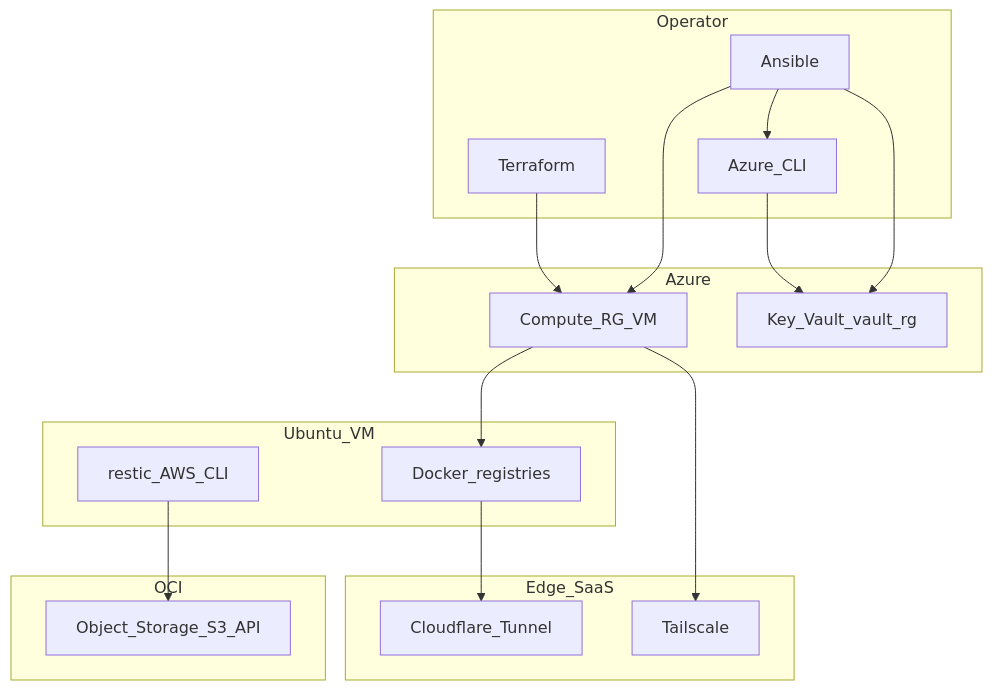
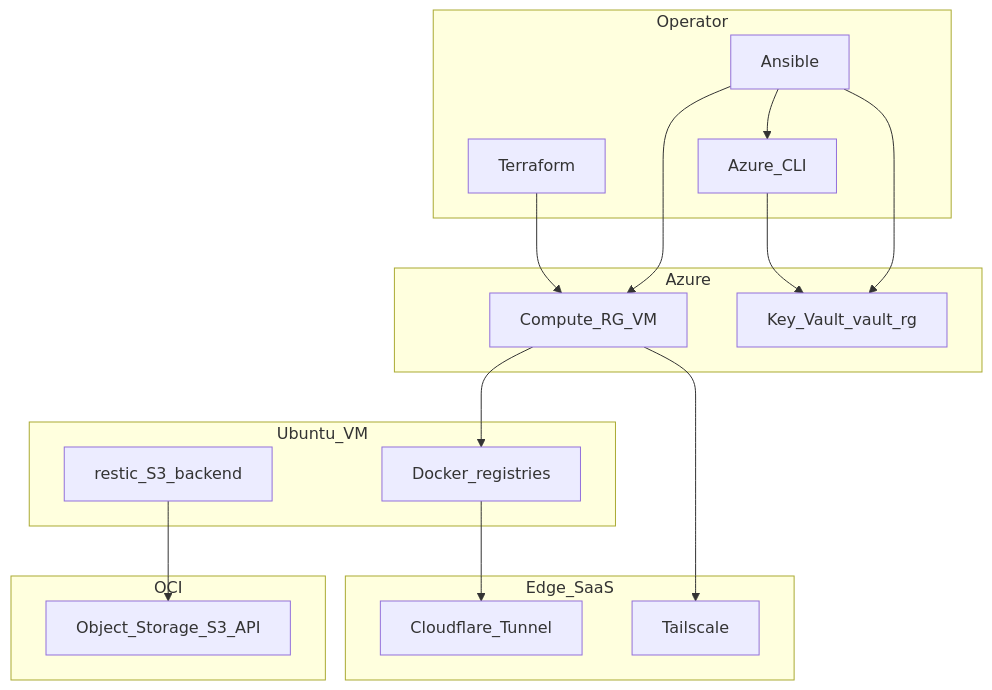
The diagram in docs/DEPENDENCIES.md (bhupinderhappy777/homelab-ops), drawn with Mermaid before and after one commit. The commit also changed other lines of this file and 11 other files, not shown here.

````diff
--- a/docs/DEPENDENCIES.md
+++ b/docs/DEPENDENCIES.md
@@ -67,32 +67,32 @@
 ```mermaid
 flowchart TB
   subgraph operator [Operator]
     TF[Terraform]
     AZ[Azure_CLI]
     ANS[Ansible]
   end
   subgraph azure [Azure]
     RG[Compute_RG_VM]
     KV[Key_Vault_vault_rg]
   end
   subgraph edge [Edge_SaaS]
     CF[Cloudflare_Tunnel]
     TS[Tailscale]
   end
   subgraph oci [OCI]
     S3[Object_Storage_S3_API]
   end
   subgraph vm [Ubuntu_VM]
     DK[Docker_registries]
-    REST[restic_AWS_CLI]
+    REST[restic_S3_backend]
   end
   TF --> RG
   AZ --> KV
   ANS --> AZ
   ANS --> KV
   ANS --> RG
   RG --> DK
   DK --> CF
   RG --> TS
   REST --> S3
 ```
````
